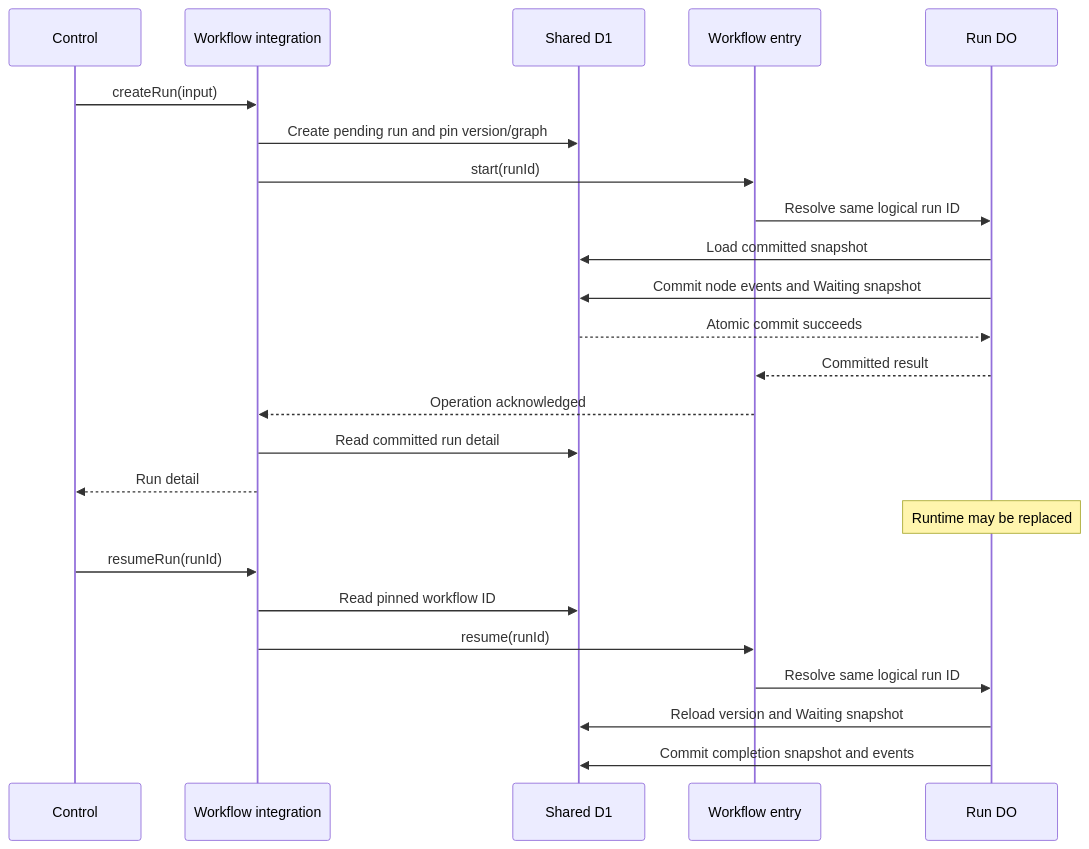
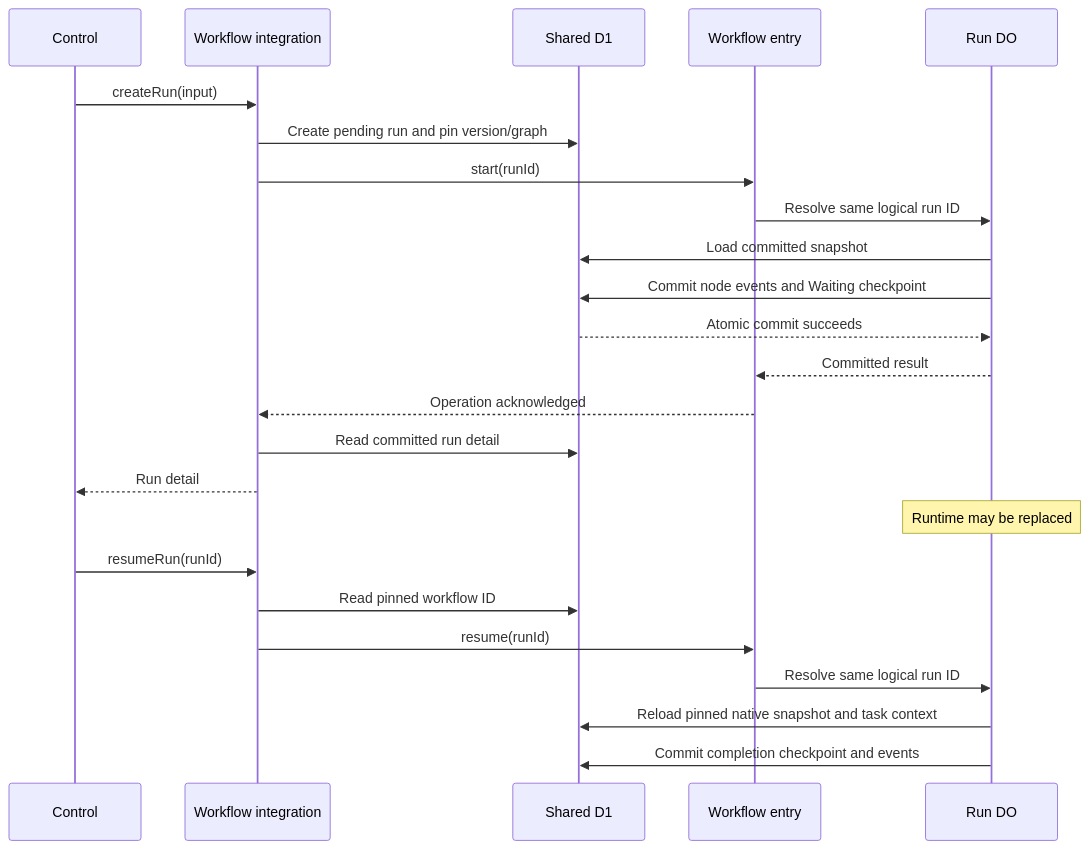
One commit to totto2727-org/flowdeck changed the second of 2 diagrams in docs/architecture.md. Above: the diagram before and after it, drawn with Mermaid. The commit also changed other lines of this file and 25 other files, not shown here.

Commit message:
feat: share Effect Machine workflow execution and graph definitions

````diff
--- a/docs/architecture.md
+++ b/docs/architecture.md
@@ -198,26 +221,26 @@
 ```mermaid
 sequenceDiagram
   participant C as Control
   participant W as Workflow integration
   participant D as Shared D1
   participant E as Workflow entry
   participant O as Run DO
   C->>W: createRun(input)
   W->>D: Create pending run and pin version/graph
   W->>E: start(runId)
   E->>O: Resolve same logical run ID
   O->>D: Load committed snapshot
-  O->>D: Commit node events and Waiting snapshot
+  O->>D: Commit node events and Waiting checkpoint
   D-->>O: Atomic commit succeeds
   O-->>E: Committed result
   E-->>W: Operation acknowledged
   W->>D: Read committed run detail
   W-->>C: Run detail
   Note over O: Runtime may be replaced
   C->>W: resumeRun(runId)
   W->>D: Read pinned workflow ID
   W->>E: resume(runId)
   E->>O: Resolve same logical run ID
-  O->>D: Reload version and Waiting snapshot
-  O->>D: Commit completion snapshot and events
+  O->>D: Reload pinned native snapshot and task context
+  O->>D: Commit completion checkpoint and events
 ```
````
